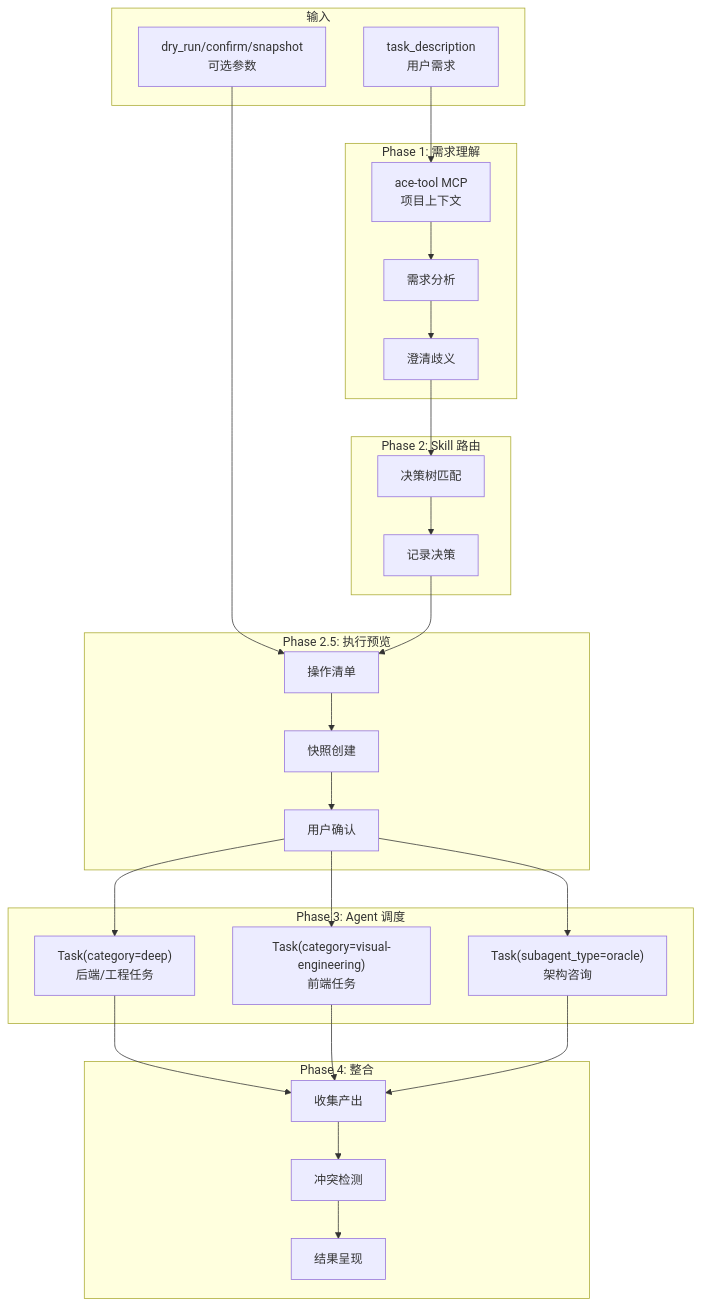
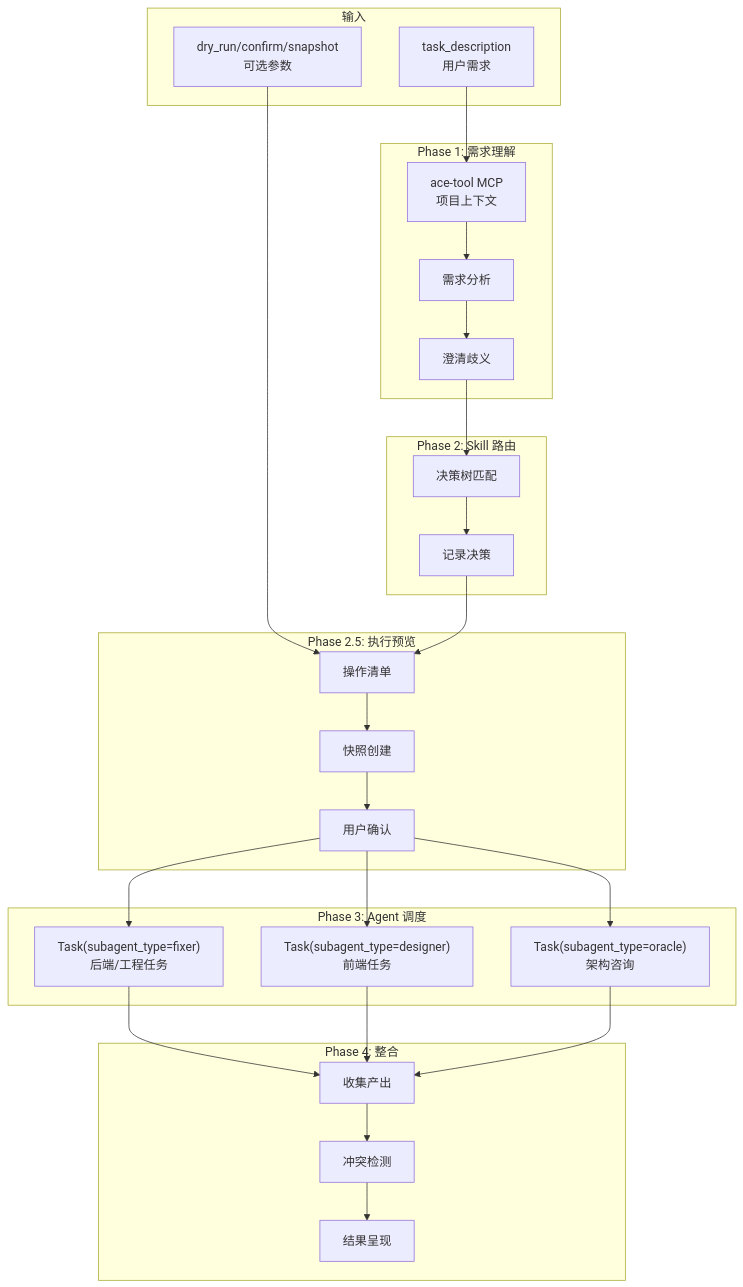
One commit to iwen-conf/Skills changed the diagram in agent/CLAUDE.md. Above: the diagram before and after it, drawn with Mermaid. The commit also changed other lines of this file and 16 other files, not shown here.

````diff
--- a/agent/CLAUDE.md
+++ b/agent/CLAUDE.md
@@ -197,54 +197,54 @@
 ```mermaid
 graph TD
     subgraph 输入
         TASK["task_description<br/>用户需求"]
         OPT["dry_run/confirm/snapshot<br/>可选参数"]
     end
 
     subgraph Phase1[Phase 1: 需求理解]
         CTX["ace-tool MCP<br/>项目上下文"]
         ANALYZE["需求分析"]
         CLARIFY["澄清歧义"]
     end
 
     subgraph Phase2[Phase 2: Skill 路由]
         ROUTE["决策树匹配"]
         LOG["记录决策"]
     end
 
     subgraph Phase2_5[Phase 2.5: 执行预览]
         PREVIEW["操作清单"]
         SNAP["快照创建"]
         CONFIRM["用户确认"]
     end
 
     subgraph Phase3[Phase 3: Agent 调度]
-        DEEP["Task(category=deep)<br/>后端/工程任务"]
-        VIS["Task(category=visual-engineering)<br/>前端任务"]
+        DEEP["Task(subagent_type=fixer)<br/>后端/工程任务"]
+        VIS["Task(subagent_type=designer)<br/>前端任务"]
         ORACLE["Task(subagent_type=oracle)<br/>架构咨询"]
     end
 
     subgraph Phase4[Phase 4: 整合]
         COLLECT["收集产出"]
         CONFLICT["冲突检测"]
         PRESENT["结果呈现"]
     end
 
     TASK --> CTX
     OPT --> PREVIEW
     CTX --> ANALYZE
     ANALYZE --> CLARIFY
     CLARIFY --> ROUTE
     ROUTE --> LOG
     LOG --> PREVIEW
     PREVIEW --> SNAP
     SNAP --> CONFIRM
     CONFIRM --> DEEP
     CONFIRM --> VIS
     CONFIRM --> ORACLE
     DEEP --> COLLECT
     VIS --> COLLECT
     ORACLE --> COLLECT
     COLLECT --> CONFLICT
     CONFLICT --> PRESENT
 ```
````
